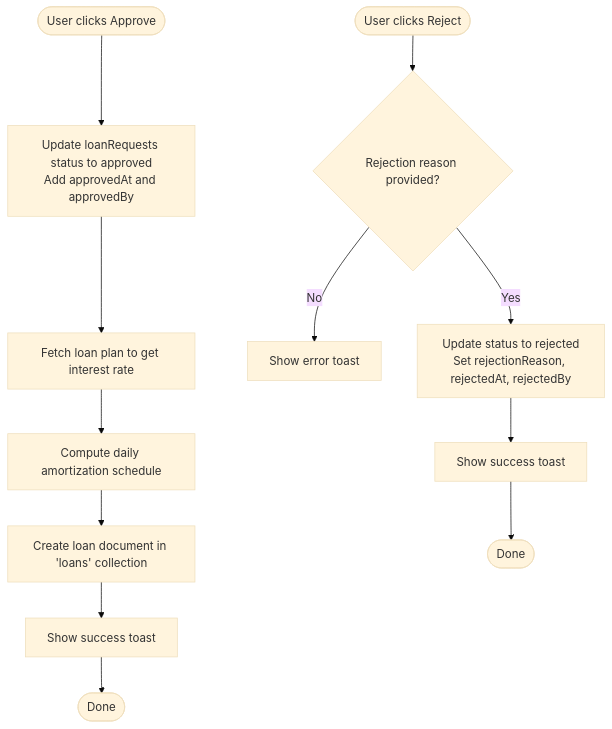
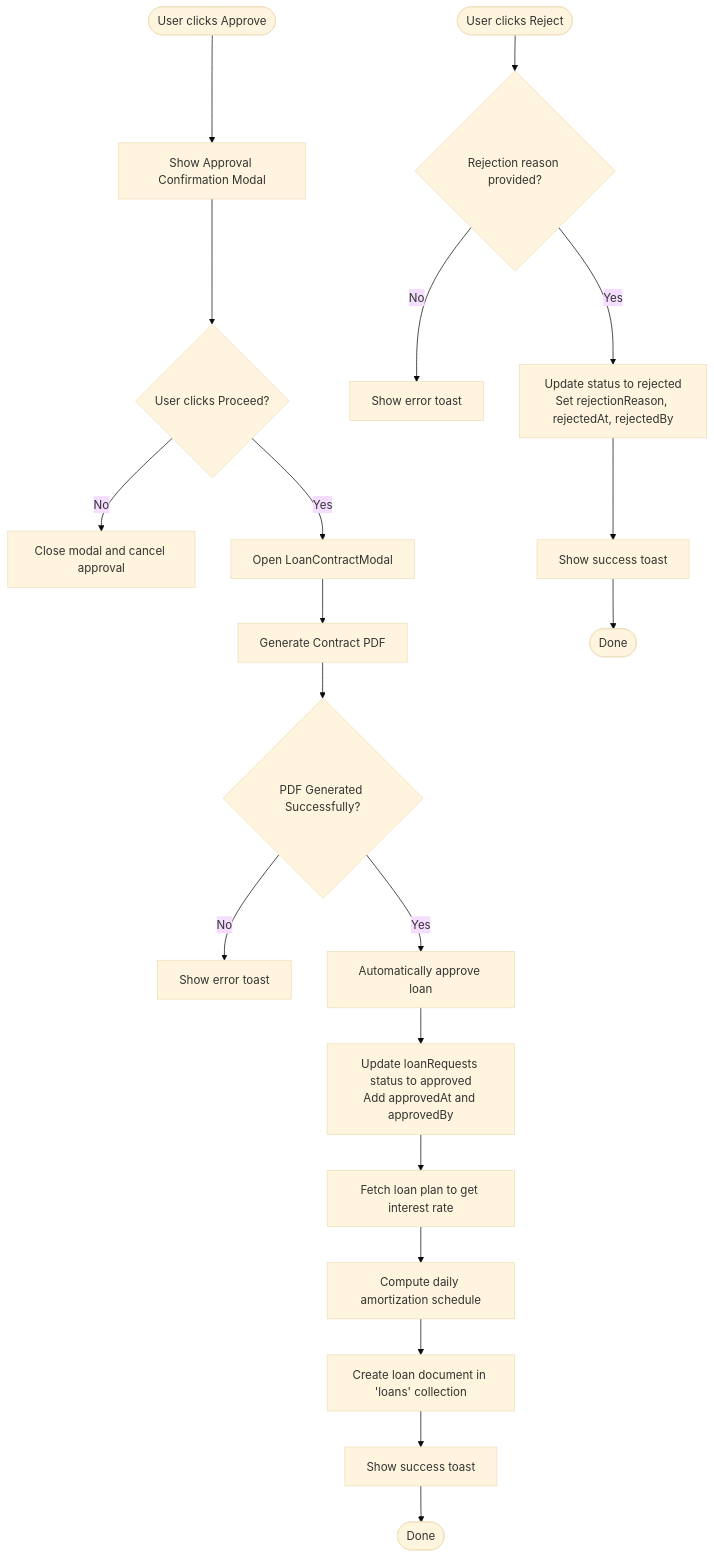
Before and after one commit to Unsure-bry/sampacoop_system: the third of 4 diagrams in .qoder/repowiki/en/content/Loan Management System/Loan Approval Process.md, drawn with Mermaid (base theme). The commit also changed other lines of this file and 24 other files, not shown here.

````diff
--- a/.qoder/repowiki/en/content/Loan Management System/Loan Approval Process.md
+++ b/.qoder/repowiki/en/content/Loan Management System/Loan Approval Process.md
@@ -157,14 +179,22 @@
 ```mermaid
 flowchart TD
-Start(["User clicks Approve"]) --> UpdateStatus["Update loanRequests status to approved<br/>Add approvedAt and approvedBy"]
+Start(["User clicks Approve"]) --> Confirm["Show Approval Confirmation Modal"]
+Confirm --> Proceed{"User clicks Proceed?"}
+Proceed --> |No| Cancel["Close modal and cancel approval"]
+Proceed --> |Yes| OpenContract["Open LoanContractModal"]
+OpenContract --> GeneratePDF["Generate Contract PDF"]
+GeneratePDF --> Success{"PDF Generated Successfully?"}
+Success --> |No| ErrorToast["Show error toast"]
+Success --> |Yes| AutoApprove["Automatically approve loan"]
+AutoApprove --> UpdateStatus["Update loanRequests status to approved<br/>Add approvedAt and approvedBy"]
 UpdateStatus --> FetchPlan["Fetch loan plan to get interest rate"]
 FetchPlan --> ComputeSchedule["Compute daily amortization schedule"]
 ComputeSchedule --> CreateLoan["Create loan document in 'loans' collection"]
 CreateLoan --> Notify["Show success toast"]
 Notify --> End(["Done"])
 Start2(["User clicks Reject"]) --> ValidateReason{"Rejection reason provided?"}
-ValidateReason --> |No| ErrorToast["Show error toast"]
+ValidateReason --> |No| ErrorToast2["Show error toast"]
 ValidateReason --> |Yes| UpdateReject["Update status to rejected<br/>Set rejectionReason, rejectedAt, rejectedBy"]
 UpdateReject --> Notify2["Show success toast"]
 Notify2 --> End2(["Done"])
 ```
````
